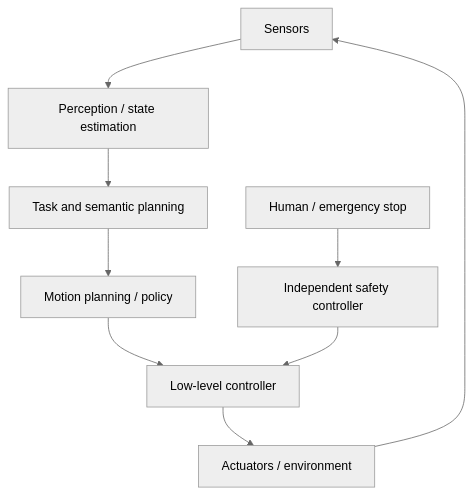
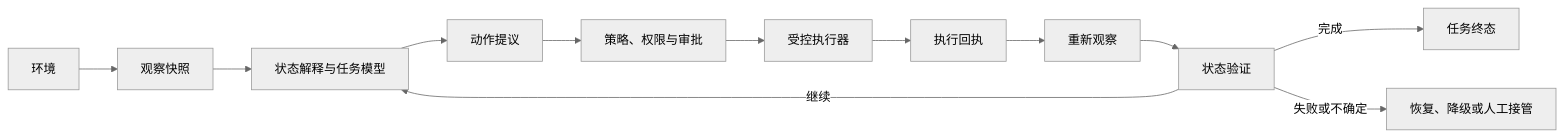
Before and after one commit to NightLemon/about-llm: the diagram in docs/frontier/embodied-small-models.md, drawn with Mermaid (neutral theme). The commit also changed other lines of this file and 4 other files, not shown here.

````diff
--- a/docs/frontier/embodied-small-models.md
+++ b/docs/frontier/embodied-small-models.md
@@ -38,11 +25,14 @@
 ```mermaid
-flowchart TD
-  S["Sensors"] --> E["Perception / state estimation"]
-  E --> T["Task and semantic planning"]
-  T --> M["Motion planning / policy"]
-  M --> C["Low-level controller"]
-  C --> A["Actuators / environment"]
-  A --> S
-  G["Independent safety controller"] --> C
-  H["Human / emergency stop"] --> G
+flowchart LR
+    E["环境"] --> O["观察快照"]
+    O --> M["状态解释与任务模型"]
+    M --> P["动作提议"]
+    P --> G["策略、权限与审批"]
+    G --> X["受控执行器"]
+    X --> R["执行回执"]
+    R --> N["重新观察"]
+    N --> V["状态验证"]
+    V -->|"继续"| M
+    V -->|"完成"| D["任务终态"]
+    V -->|"失败或不确定"| H["恢复、降级或人工接管"]
 ```
````
